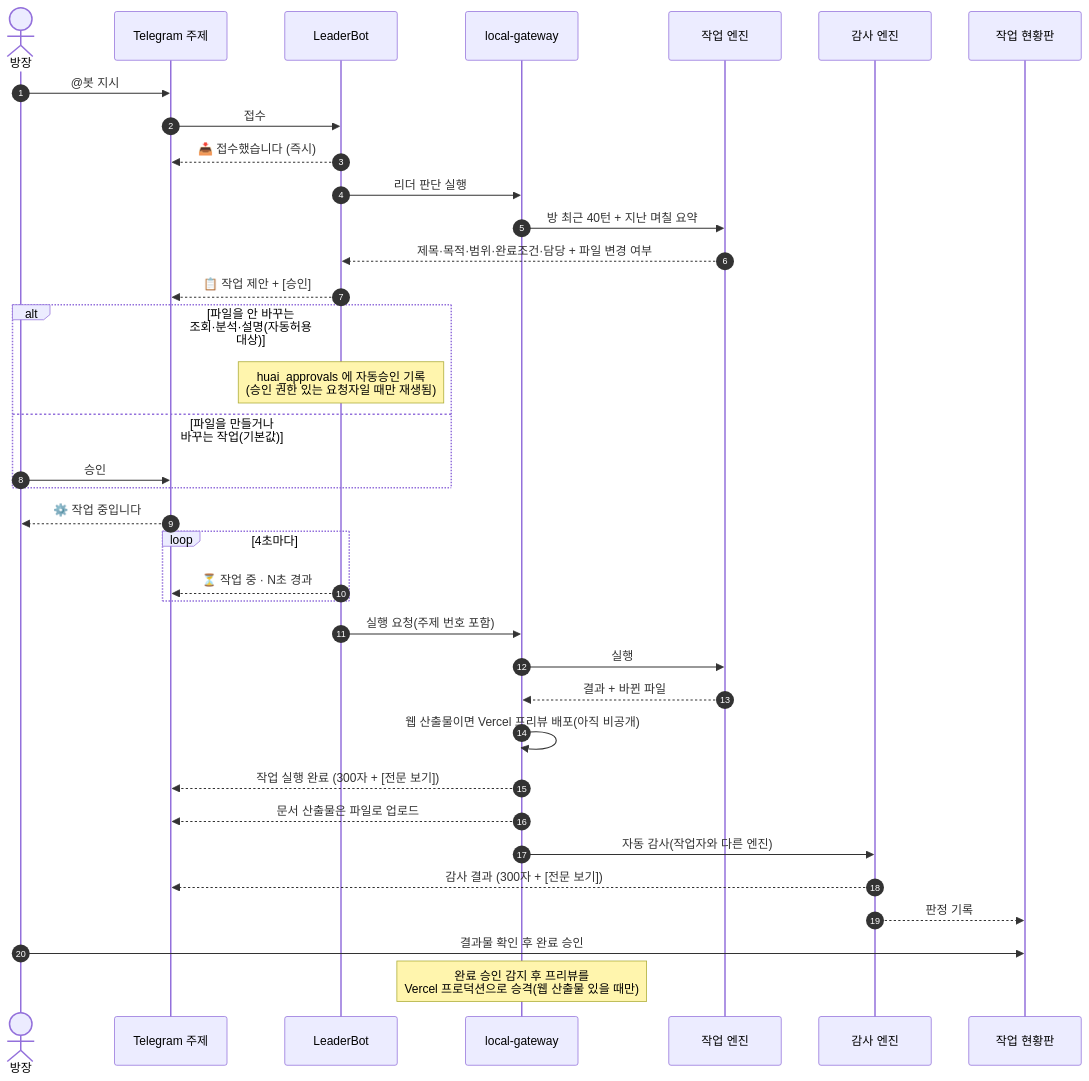
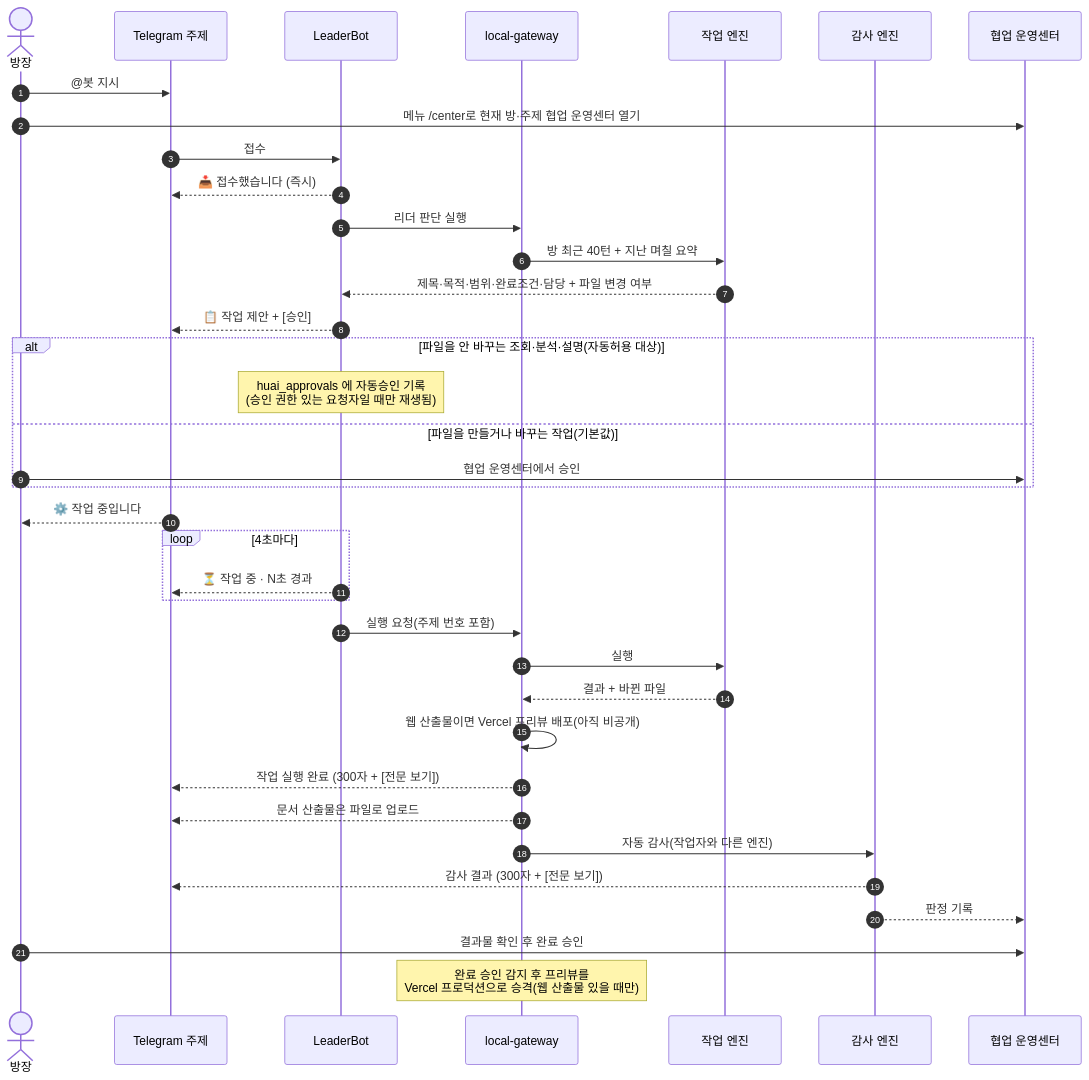
The first of 4 diagrams in docs/작업_흐름도.md (SUNWOONGKYU/HuAIChatroomSystem), drawn with Mermaid before and after one commit. The commit also changed other lines of this file and 18 other files, not shown here.

````diff
--- a/docs/작업_흐름도.md
+++ b/docs/작업_흐름도.md
@@ -9,41 +9,42 @@
 ```mermaid
 sequenceDiagram
   autonumber
   actor 방장
   participant 방 as Telegram 주제
   participant L as LeaderBot
   participant GW as local-gateway
   participant W as 작업 엔진
   participant A as 감사 엔진
-  participant B as 작업 현황판
+  participant B as 협업 운영센터
 
   방장->>방: @봇 지시
+  방장->>B: 메뉴 /center로 현재 방·주제 협업 운영센터 열기
   방->>L: 접수
   L-->>방: 📥 접수했습니다 (즉시)
   L->>GW: 리더 판단 실행
   GW->>W: 방 최근 40턴 + 지난 며칠 요약
   W-->>L: 제목·목적·범위·완료조건·담당 + 파일 변경 여부
   L-->>방: 📋 작업 제안 + [승인]
 
   alt 파일을 안 바꾸는 조회·분석·설명(자동허용 대상)
     Note over L: huai_approvals 에 자동승인 기록<br/>(승인 권한 있는 요청자일 때만 재생됨)
   else 파일을 만들거나 바꾸는 작업(기본값)
-    방장->>방: 승인
+    방장->>B: 협업 운영센터에서 승인
   end
   방-->>방장: ⚙️ 작업 중입니다
   loop 4초마다
     L-->>방: ⏳ 작업 중 · N초 경과
   end
   L->>GW: 실행 요청(주제 번호 포함)
   GW->>W: 실행
   W-->>GW: 결과 + 바뀐 파일
   GW->>GW: 웹 산출물이면 Vercel 프리뷰 배포(아직 비공개)
   GW-->>방: 작업 실행 완료 (300자 + [전문 보기])
   GW-->>방: 문서 산출물은 파일로 업로드
 
   GW->>A: 자동 감사(작업자와 다른 엔진)
   A-->>방: 감사 결과 (300자 + [전문 보기])
   A-->>B: 판정 기록
   방장->>B: 결과물 확인 후 완료 승인
   Note over GW: 완료 승인 감지 후 프리뷰를<br/>Vercel 프로덕션으로 승격(웹 산출물 있을 때만)
 ```
````
